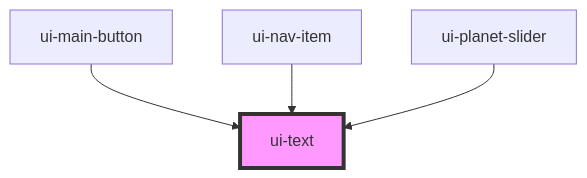
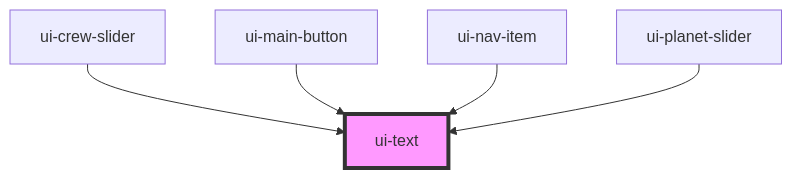
One commit to rosalesponcer/space-tourism changed the diagram in packages/core-components/src/components/atoms/ui-text/readme.md. Above: the diagram before and after it, drawn with Mermaid. The commit also changed other lines of this file and 59 other files, not shown here.

````diff
--- a/packages/core-components/src/components/atoms/ui-text/readme.md
+++ b/packages/core-components/src/components/atoms/ui-text/readme.md
@@ -27,7 +28,8 @@
 ```mermaid
 graph TD;
+  ui-crew-slider --> ui-text
   ui-main-button --> ui-text
   ui-nav-item --> ui-text
   ui-planet-slider --> ui-text
   style ui-text fill:#f9f,stroke:#333,stroke-width:4px
 ```
````
